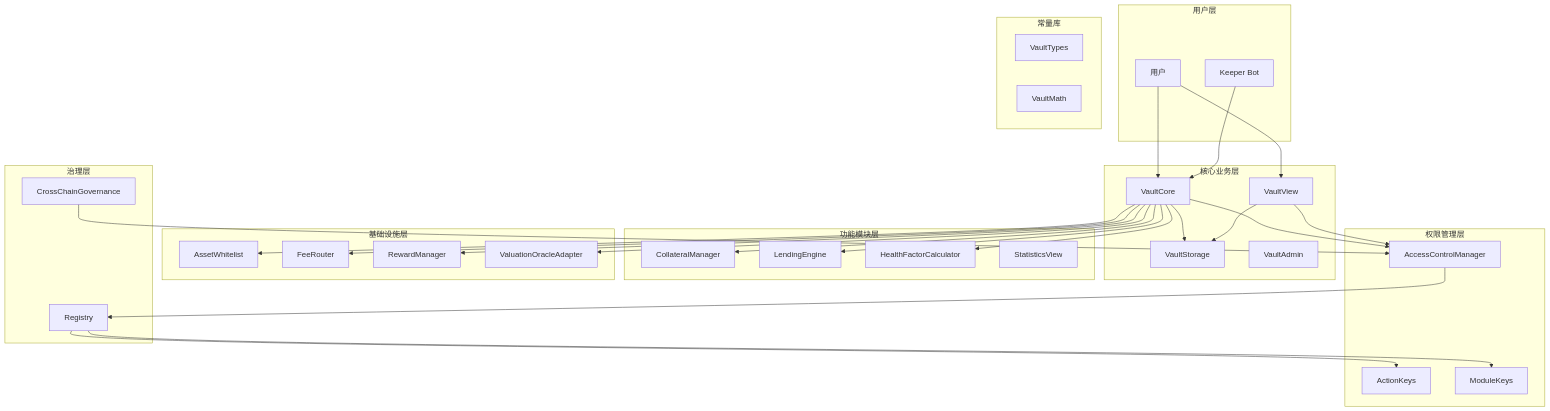
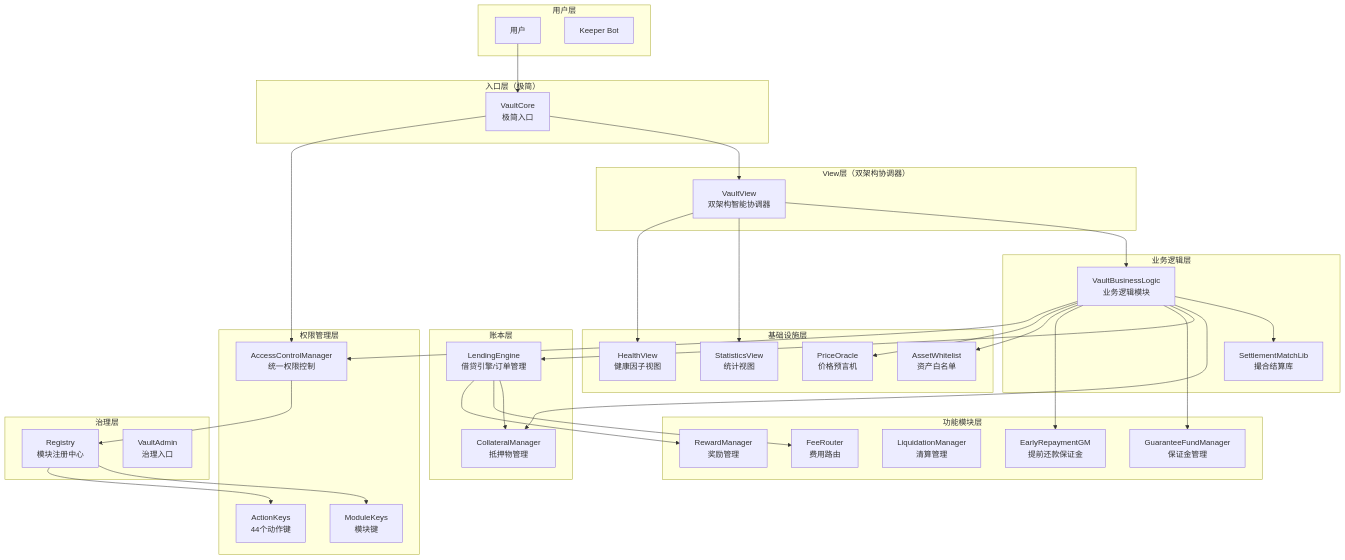
The first of 4 diagrams in docs/PlatformLogic.md (Anyawb/contracts), drawn with Mermaid before and after one commit. The commit also changed other lines of this file and 562 other files, not shown here.

````diff
--- a/docs/PlatformLogic.md
+++ b/docs/PlatformLogic.md
@@ -28,63 +37,72 @@
 ```mermaid
 graph TB
     subgraph "用户层"
         User[用户]
         Keeper[Keeper Bot]
     end
     
-    subgraph "核心业务层"
-        VaultCore[VaultCore]
-        VaultView[VaultView]
-        VaultStorage[VaultStorage]
-        VaultAdmin[VaultAdmin]
+    subgraph "入口层（极简）"
+        VaultCore[VaultCore<br/>极简入口]
+    end
+    
+    subgraph "View层（双架构协调器）"
+        VaultView[VaultView<br/>双架构智能协调器]
+    end
+    
+    subgraph "业务逻辑层"
+        VaultBusinessLogic[VaultBusinessLogic<br/>业务逻辑模块]
+        SettlementMatchLib[SettlementMatchLib<br/>撮合结算库]
+    end
+    
+    subgraph "账本层"
+        CollateralManager[CollateralManager<br/>抵押物管理]
+        LendingEngine[LendingEngine<br/>借贷引擎/订单管理]
     end
     
     subgraph "功能模块层"
-        CollateralManager[CollateralManager]
-        LendingEngine[LendingEngine]
-        HealthFactor[HealthFactorCalculator]
-        StatisticsView[StatisticsView]
+        GuaranteeFundManager[GuaranteeFundManager<br/>保证金管理]
+        EarlyRepaymentGM[EarlyRepaymentGM<br/>提前还款保证金]
+        LiquidationManager[LiquidationManager<br/>清算管理]
+        FeeRouter[FeeRouter<br/>费用路由]
+        RewardManager[RewardManager<br/>奖励管理]
     end
     
     subgraph "基础设施层"
-        AssetWhitelist[AssetWhitelist]
-        FeeRouter[FeeRouter]
-        RewardManager[RewardManager]
-        Oracle[ValuationOracleAdapter]
+        AssetWhitelist[AssetWhitelist<br/>资产白名单]
+        PriceOracle[PriceOracle<br/>价格预言机]
+        StatisticsView[StatisticsView<br/>统计视图]
+        HealthView[HealthView<br/>健康因子视图]
     end
     
     subgraph "权限管理层"
-        ACM[AccessControlManager]
-        ActionKeys[ActionKeys]
-        ModuleKeys[ModuleKeys]
+        ACM[AccessControlManager<br/>统一权限控制]
+        ActionKeys[ActionKeys<br/>44个动作键]
+        ModuleKeys[ModuleKeys<br/>模块键]
     end
     
     subgraph "治理层"
-        Governance[CrossChainGovernance]
-        Registry[Registry]
-    end
-    
-    subgraph "常量库"
-        VaultTypes[VaultTypes]
-        VaultMath[VaultMath]
+        Registry[Registry<br/>模块注册中心]
+        VaultAdmin[VaultAdmin<br/>治理入口]
     end
     
     User --> VaultCore
-    User --> VaultView
-    Keeper --> VaultCore
+    VaultCore --> VaultView
+    VaultView --> VaultBusinessLogic
+    VaultBusinessLogic --> SettlementMatchLib
+    VaultBusinessLogic --> CollateralManager
+    VaultBusinessLogic --> LendingEngine
+    VaultBusinessLogic --> GuaranteeFundManager
+    VaultBusinessLogic --> EarlyRepaymentGM
+    LendingEngine --> CollateralManager
+    LendingEngine --> FeeRouter
+    LendingEngine --> RewardManager
+    VaultView --> StatisticsView
+    VaultView --> HealthView
+    VaultBusinessLogic --> AssetWhitelist
+    VaultBusinessLogic --> PriceOracle
     VaultCore --> ACM
-    VaultView --> ACM
-    VaultCore --> VaultStorage
-    VaultView --> VaultStorage
-    VaultCore --> CollateralManager
-    VaultCore --> LendingEngine
-    VaultCore --> HealthFactor
-    VaultCore --> AssetWhitelist
-    VaultCore --> FeeRouter
-    VaultCore --> RewardManager
-    VaultCore --> Oracle
-    Governance --> ACM
-    ACM --> Registry
+    VaultBusinessLogic --> ACM
     Registry --> ModuleKeys
     Registry --> ActionKeys
+    ACM --> Registry
 ```
````
